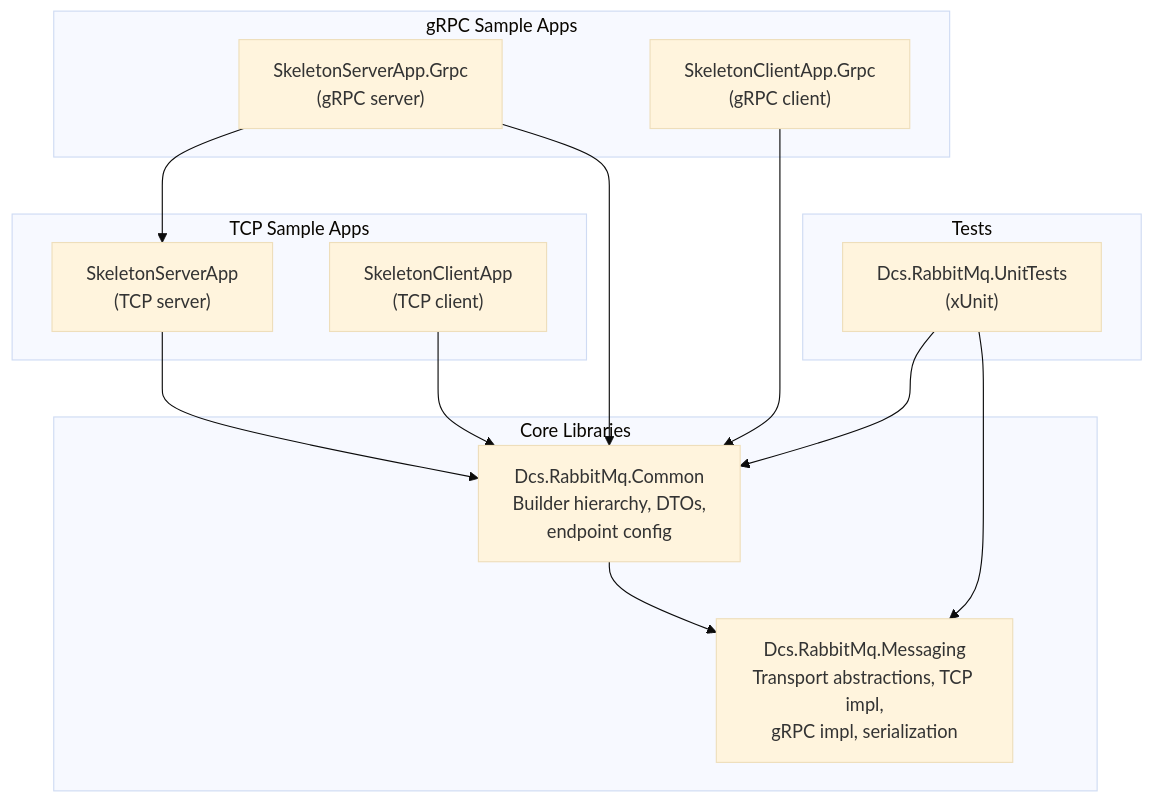
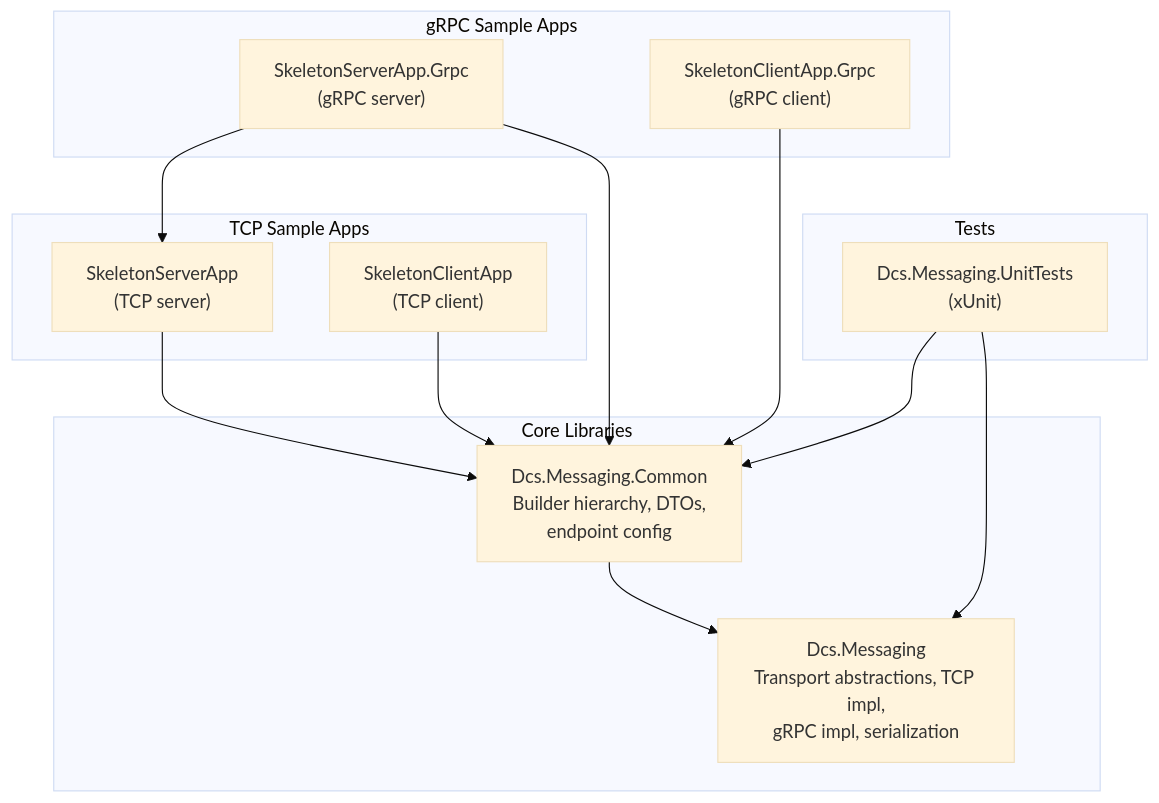
The diagram in docs/README.md (jeanhibbert/Dcs.RabbitMq), drawn with Mermaid (base theme) before and after one commit. The commit also changed other lines of this file and 86 other files, not shown here.

````diff
--- a/docs/README.md
+++ b/docs/README.md
@@ -17,30 +18,30 @@
 ```mermaid
 graph TD
     subgraph core [Core Libraries]
-        MSG["Dcs.RabbitMq.Messaging<br/>Transport abstractions, TCP impl,<br/>gRPC impl, serialization"]
-        CMN["Dcs.RabbitMq.Common<br/>Builder hierarchy, DTOs,<br/>endpoint config"]
+        MSG["Dcs.Messaging<br/>Transport abstractions, TCP impl,<br/>gRPC impl, serialization"]
+        CMN["Dcs.Messaging.Common<br/>Builder hierarchy, DTOs,<br/>endpoint config"]
     end
 
     subgraph tcpApps [TCP Sample Apps]
         TSRV["SkeletonServerApp<br/>(TCP server)"]
         TCLI["SkeletonClientApp<br/>(TCP client)"]
     end
 
     subgraph grpcApps [gRPC Sample Apps]
         GSRV["SkeletonServerApp.Grpc<br/>(gRPC server)"]
         GCLI["SkeletonClientApp.Grpc<br/>(gRPC client)"]
     end
 
     subgraph tests [Tests]
-        UT["Dcs.RabbitMq.UnitTests<br/>(xUnit)"]
+        UT["Dcs.Messaging.UnitTests<br/>(xUnit)"]
     end
 
     CMN --> MSG
     TSRV --> CMN
     TCLI --> CMN
     GSRV --> CMN
     GSRV --> TSRV
     GCLI --> CMN
     UT --> CMN
     UT --> MSG
 ```
````
